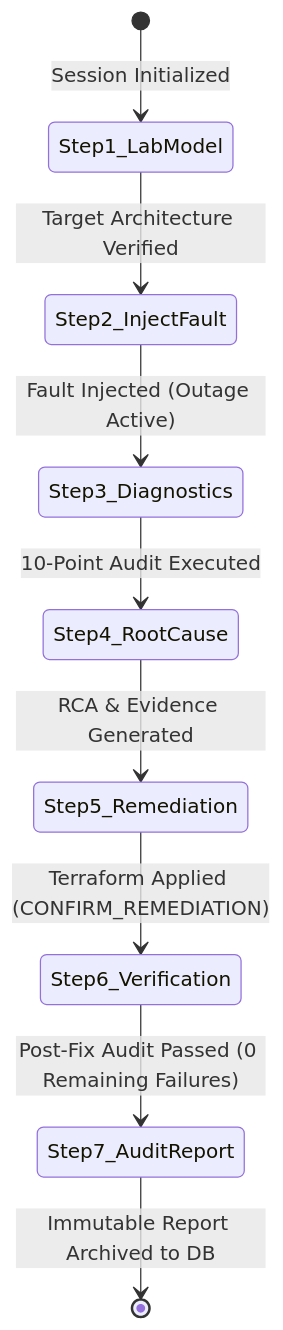
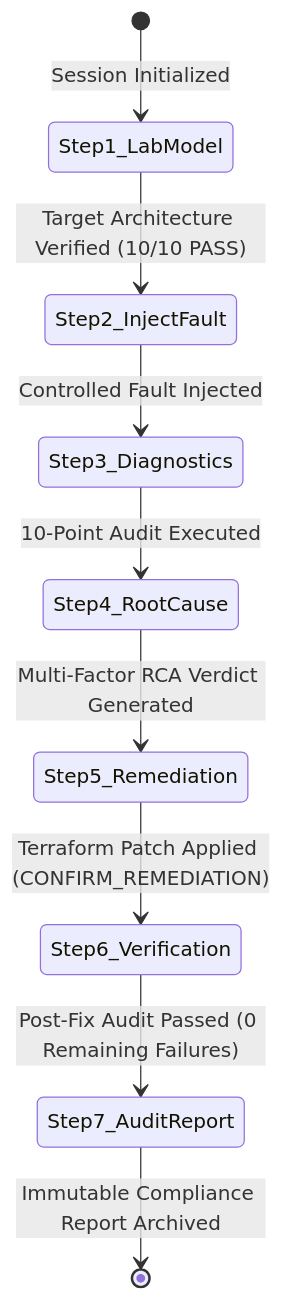
Before and after one commit to a7hu-15/cloud_ops: the fifth of 9 diagrams in docs/project_report.md, drawn with Mermaid. The commit also changed other lines of this file, not shown here.

Commit message:
docs: expand enterprise technical report to exhaustive 21-chapter specification

````diff
--- a/docs/project_report.md
+++ b/docs/project_report.md
@@ -260,11 +566,11 @@
 ```mermaid
 stateDiagram-v2
     [*] --> Step1_LabModel: Session Initialized
-    Step1_LabModel --> Step2_InjectFault: Target Architecture Verified
-    Step2_InjectFault --> Step3_Diagnostics: Fault Injected (Outage Active)
+    Step1_LabModel --> Step2_InjectFault: Target Architecture Verified (10/10 PASS)
+    Step2_InjectFault --> Step3_Diagnostics: Controlled Fault Injected
     Step3_Diagnostics --> Step4_RootCause: 10-Point Audit Executed
-    Step4_RootCause --> Step5_Remediation: RCA & Evidence Generated
-    Step5_Remediation --> Step6_Verification: Terraform Applied (CONFIRM_REMEDIATION)
+    Step4_RootCause --> Step5_Remediation: Multi-Factor RCA Verdict Generated
+    Step5_Remediation --> Step6_Verification: Terraform Patch Applied (CONFIRM_REMEDIATION)
     Step6_Verification --> Step7_AuditReport: Post-Fix Audit Passed (0 Remaining Failures)
-    Step7_AuditReport --> [*]: Immutable Report Archived to DB
+    Step7_AuditReport --> [*]: Immutable Compliance Report Archived
 ```
````
